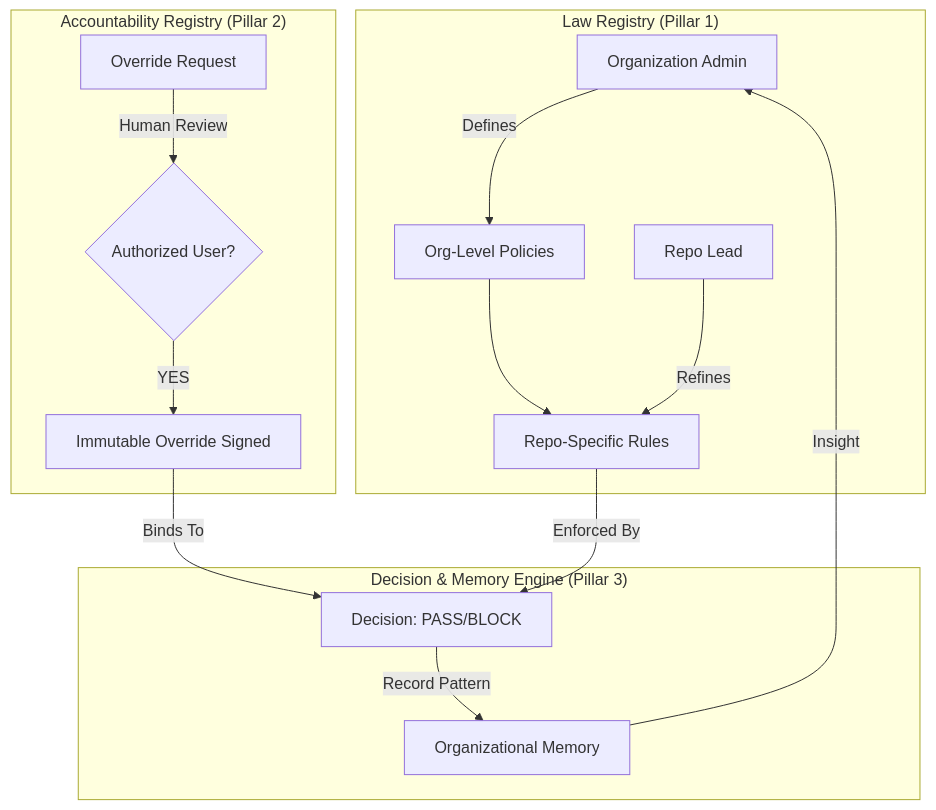
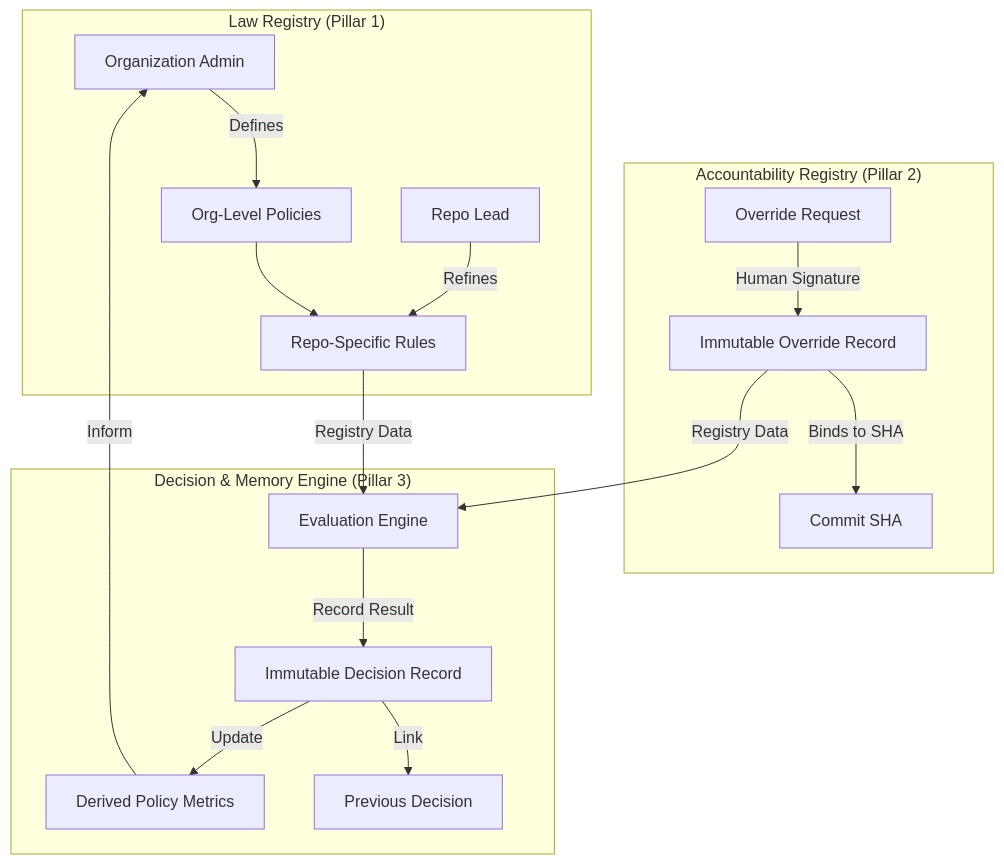
Before and after one commit to zaxionhq/Zaxion: the diagram in docs/PHASE_4_LOCK.md, drawn with Mermaid. The commit also changed other lines of this file and 10 other files, not shown here.

First line of the commit message:
feat(phase-4): implement Pillar 3 as immutable governance memory ledger

````diff
--- a/docs/PHASE_4_LOCK.md
+++ b/docs/PHASE_4_LOCK.md
@@ -64,20 +31,22 @@
 ```mermaid
 graph TD
     subgraph "Law Registry (Pillar 1)"
         Org[Organization Admin] -->|Defines| OrgPolicy[Org-Level Policies]
         RepoOwner[Repo Lead] -->|Refines| RepoPolicy[Repo-Specific Rules]
         OrgPolicy --> RepoPolicy
     end
 
     subgraph "Accountability Registry (Pillar 2)"
-        Request[Override Request] -->|Human Review| AuthorizedUser{Authorized User?}
-        AuthorizedUser -->|YES| Override[Immutable Override Signed]
+        Request[Override Request] -->|Human Signature| SignedRecord[Immutable Override Record]
+        SignedRecord -->|Binds to SHA| CodeState[Commit SHA]
     end
 
     subgraph "Decision & Memory Engine (Pillar 3)"
-        RepoPolicy -->|Enforced By| Decision[Decision: PASS/BLOCK]
-        Override -->|Binds To| Decision
-        Decision -->|Record Pattern| OrgMemory[Organizational Memory]
-        OrgMemory -->|Insight| Org
+        RepoPolicy -->|Registry Data| DecisionEngine[Evaluation Engine]
+        SignedRecord -->|Registry Data| DecisionEngine
+        DecisionEngine -->|Record Result| Decision[Immutable Decision Record]
+        Decision -->|Update| Metrics[Derived Policy Metrics]
+        Decision -->|Link| PrevDecision[Previous Decision]
+        Metrics -->|Inform| Org
     end
 ```
````
